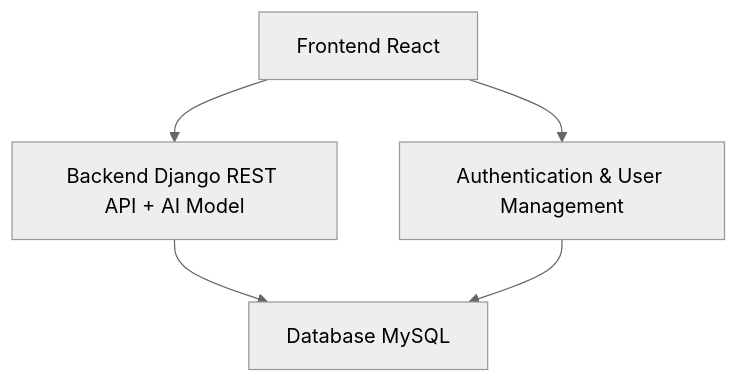
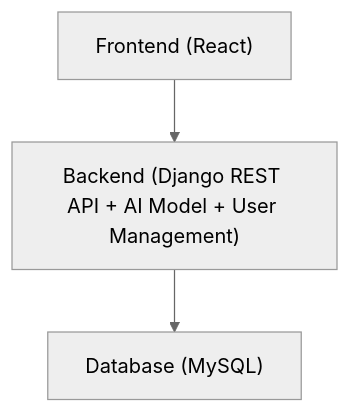
The diagram in README.md (Mohammed-Invs7/AI_Radiologist), drawn with Mermaid (neutral theme) before and after one commit.

Commit message:
Update system flow diagram in README

````diff
--- a/README.md
+++ b/README.md
@@ -37,7 +37,5 @@
 ```mermaid
 graph TD
-    A[Frontend React] --> B[Backend Django REST API + AI Model]
-    A --> C[Authentication & User Management]
-    B --> D[Database MySQL]
-    C --> D
+    A["Frontend (React)"] --> B["Backend (Django REST API + AI Model + User Management)"]
+    B --> C["Database (MySQL)"]
 ```
````
